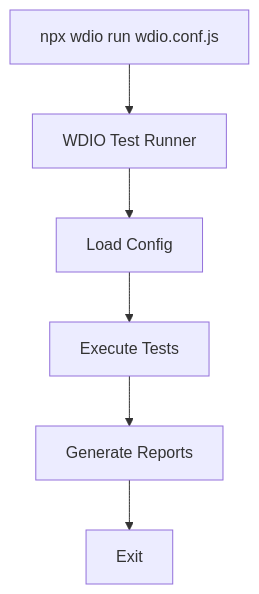
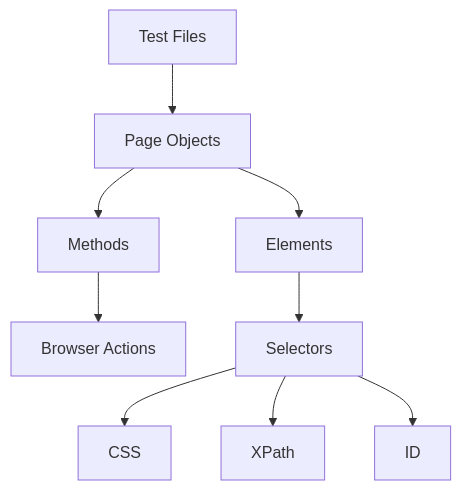
Before and after one commit to wahidyankf/oss: the second of 3 diagrams in apps-standalone/ayokoding-web/content/en/learn/crash-courses/swe/stacks/automation/wdio/basics.md, drawn with Mermaid. The commit also changed other lines of this file and 40 other files, not shown here.

````diff
--- a/apps-standalone/ayokoding-web/content/en/learn/crash-courses/swe/stacks/automation/wdio/basics.md
+++ b/apps-standalone/ayokoding-web/content/en/learn/crash-courses/swe/stacks/automation/wdio/basics.md
@@ -107,8 +236,11 @@
 ```mermaid
 flowchart TD
-    A[npx wdio run wdio.conf.js] --> B[WDIO Test Runner]
-    B --> C[Load Config]
-    C --> D[Execute Tests]
-    D --> E[Generate Reports]
-    E --> F[Exit]
+    A[Test Files] --> B[Page Objects]
+    B --> C[Elements]
+    B --> D[Methods]
+    D --> E[Browser Actions]
+    C --> F[Selectors]
+    F --> G[CSS]
+    F --> H[XPath]
+    F --> I[ID]
 ```
````
